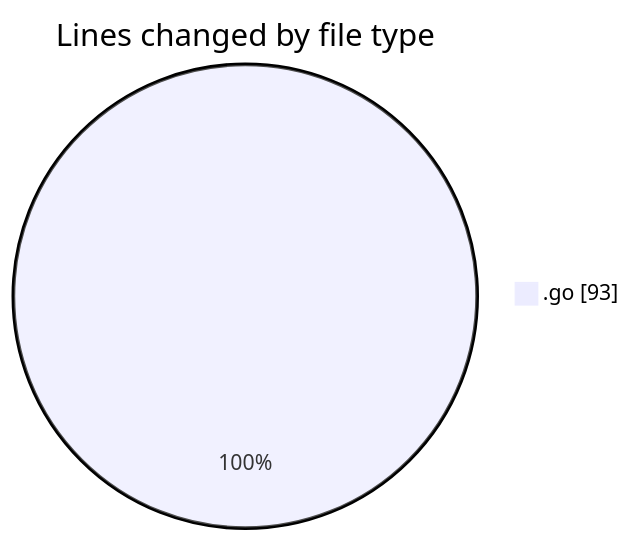
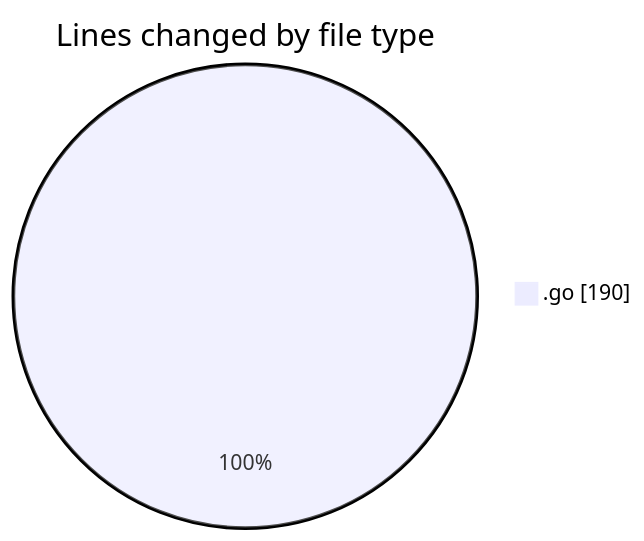
The first of 2 diagrams in 2025-02-21/termonied_testador/README.md (robertbonfada/code-tracking), drawn with Mermaid before and after one commit. The commit also changed other lines of this file and 1 other file, not shown here.

````diff
--- a/2025-02-21/termonied_testador/README.md
+++ b/2025-02-21/termonied_testador/README.md
@@ -22,5 +24,5 @@
 ```mermaid
 pie showData
 title Lines changed by file type
-".go" : 93
+".go" : 190
 ```
````
